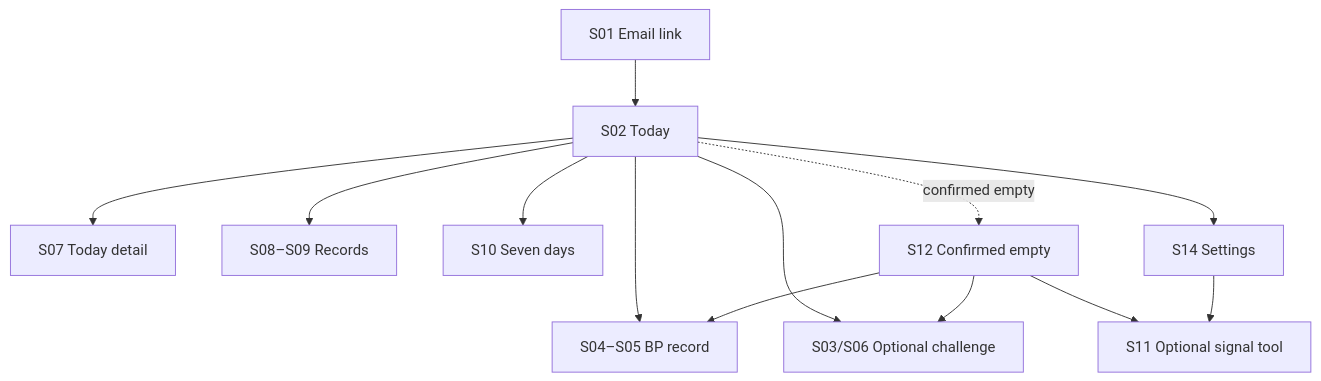
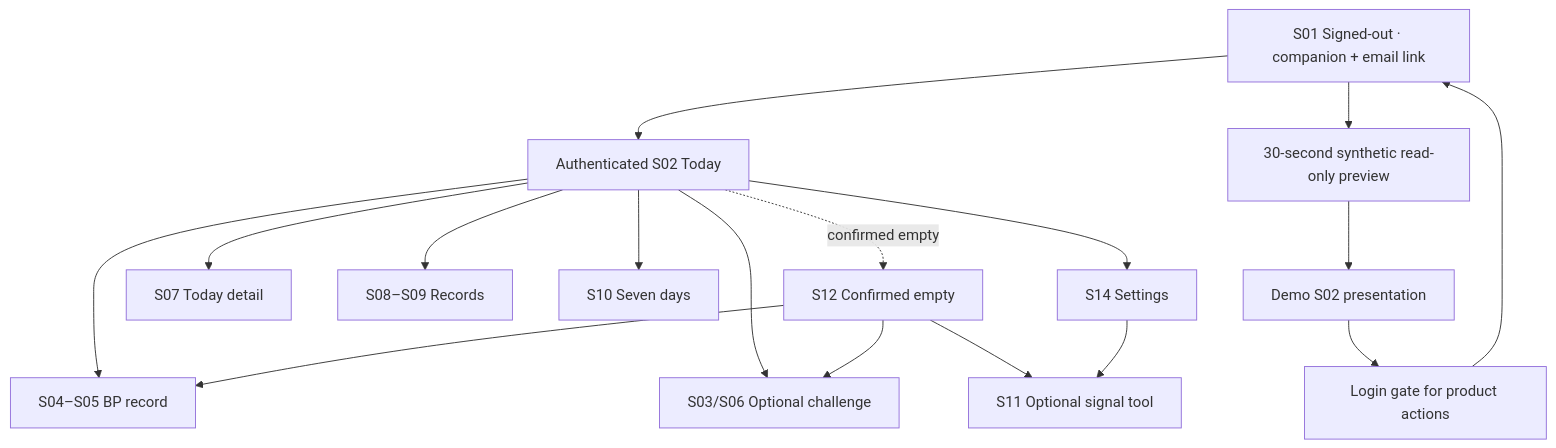
One commit to AI-HealthCare-05/AH_05_07 changed the first of 2 diagrams in docs/ux-flow.md. Above: the diagram before and after it, drawn with Mermaid. The commit also changed other lines of this file and 5 other files, not shown here.

````diff
--- a/docs/ux-flow.md
+++ b/docs/ux-flow.md
@@ -5,15 +5,19 @@
 ```mermaid
 flowchart TD
-    A["S01 Email link"] --> B["S02 Today"]
+    A["S01 Signed-out · companion + email link"] --> B["Authenticated S02 Today"]
+    A --> P["30-second synthetic read-only preview"]
+    P --> Q["Demo S02 presentation"]
+    Q --> R["Login gate for product actions"]
+    R --> A
     B --> C["S04–S05 BP record"]
     B --> D["S07 Today detail"]
     B --> E["S08–S09 Records"]
     B --> F["S10 Seven days"]
     B --> G["S03/S06 Optional challenge"]
     B --> H["S14 Settings"]
     B -. confirmed empty .-> J["S12 Confirmed empty"]
     J --> C
     J --> G
     J --> I["S11 Optional signal tool"]
     H --> I
 ```
````
